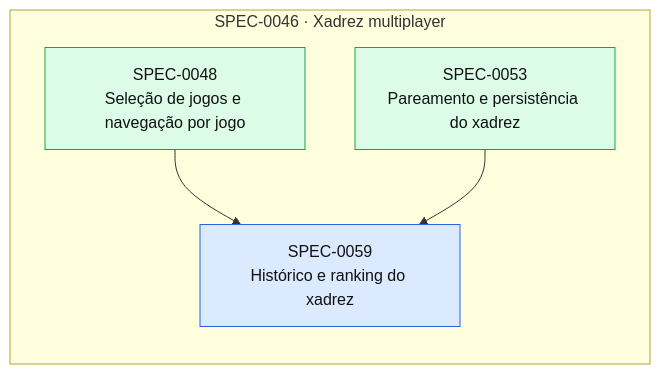
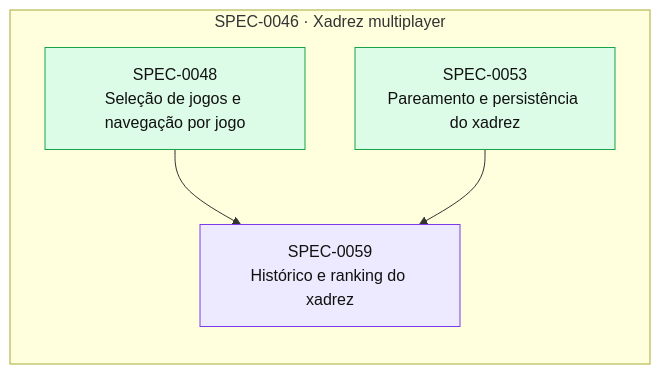
The diagram in docs/specs/INDEX.md (thomasravache/jogo-da-velha-multiplayer), drawn with Mermaid before and after one commit. The commit also changed other lines of this file and 1 other file, not shown here.

First line of the commit message:
docs(specs): iniciar SPEC-0059

````diff
--- a/docs/specs/INDEX.md
+++ b/docs/specs/INDEX.md
@@ -37,15 +37,15 @@
 ```mermaid
 flowchart LR
   subgraph E0046["SPEC-0046 · Xadrez multiplayer"]
     S0048["SPEC-0048<br/>Seleção de jogos e navegação por jogo"]:::implemented
     S0053["SPEC-0053<br/>Pareamento e persistência do xadrez"]:::implemented
-    S0059["SPEC-0059<br/>Histórico e ranking do xadrez"]:::approved
+    S0059["SPEC-0059<br/>Histórico e ranking do xadrez"]:::inprogress
   end
   S0048 --> S0059
   S0053 --> S0059
   classDef proposed fill:#fef3c7,stroke:#d97706,color:#111
   classDef approved fill:#dbeafe,stroke:#2563eb,color:#111
   classDef inprogress fill:#ede9fe,stroke:#7c3aed,color:#111
   classDef implemented fill:#dcfce7,stroke:#16a34a,color:#111
   classDef deprecated fill:#f3f4f6,stroke:#9ca3af,color:#6b7280
 ```
````
